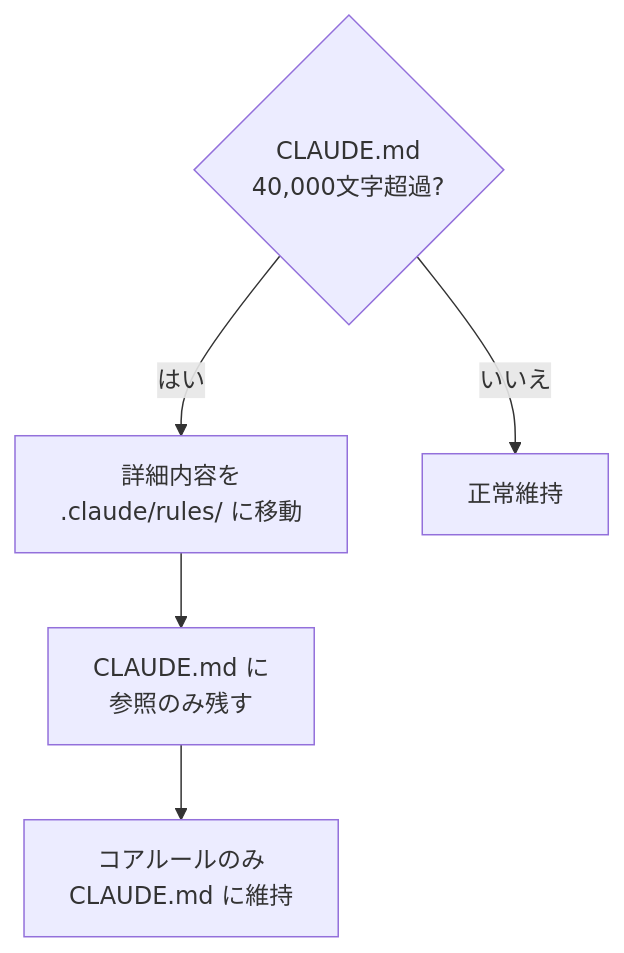
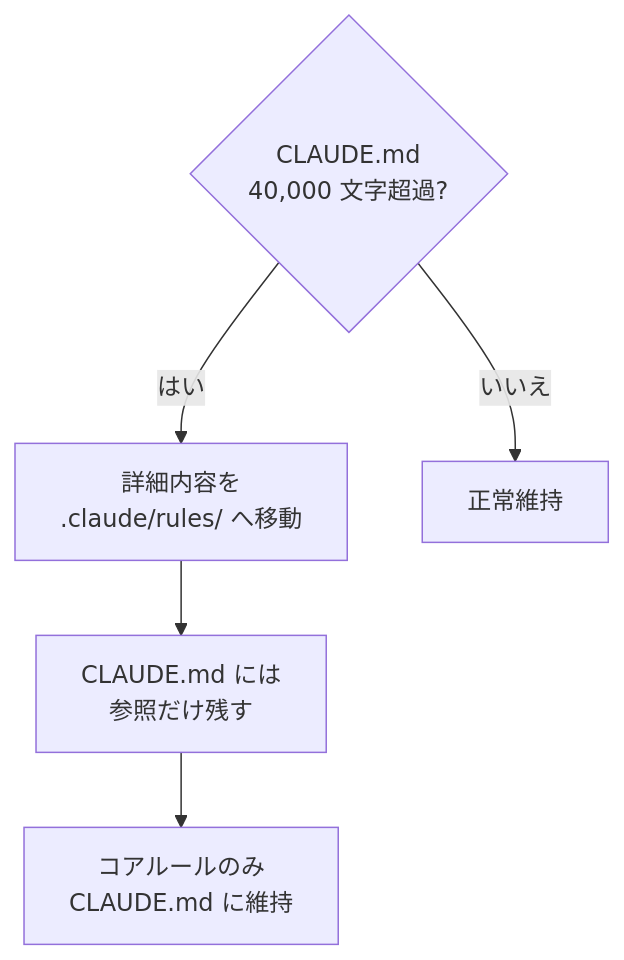
One commit to modu-ai/moai-adk changed the third of 4 diagrams in docs-site/content/ja/advanced/claude-md-guide.md. Above: the diagram before and after it, drawn with Mermaid. The commit also changed other lines of this file and 395 other files, not shown here.

````diff
--- a/docs-site/content/ja/advanced/claude-md-guide.md
+++ b/docs-site/content/ja/advanced/claude-md-guide.md
@@ -256,10 +260,10 @@
 ```mermaid
 flowchart TD
-    CHECK{"CLAUDE.md<br>40,000文字超過?"}
+    CHECK{"CLAUDE.md<br>40,000 文字超過?"}
 
-    CHECK -->|はい| MOVE["詳細内容を<br>.claude/rules/ に移動"]
+    CHECK -->|はい| MOVE["詳細内容を<br>.claude/rules/ へ移動"]
     CHECK -->|いいえ| OK["正常維持"]
 
-    MOVE --> REF["CLAUDE.md に<br>参照のみ残す"]
+    MOVE --> REF["CLAUDE.md には<br>参照だけ残す"]
     REF --> SLIM["コアルールのみ<br>CLAUDE.md に維持"]
 ```
````
